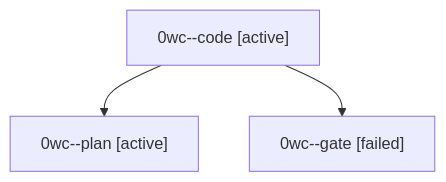
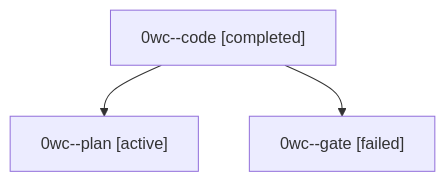
One commit to bobs-org/bob-cli--agents changed the diagram in sessions/bbugyi200.athena.0wc.md. Above: the diagram before and after it, drawn with Mermaid. The commit also changed other lines of this file and 49 other files, not shown here.

````diff
--- a/sessions/bbugyi200.athena.0wc.md
+++ b/sessions/bbugyi200.athena.0wc.md
@@ -9,8 +9,8 @@
 ```mermaid
 flowchart TD
-  n0["0wc--code [active]"]
+  n0["0wc--code [completed]"]
   n1["0wc--plan [active]"]
   n0 --> n1
   n2["0wc--gate [failed]"]
   n0 --> n2
 ```
````
